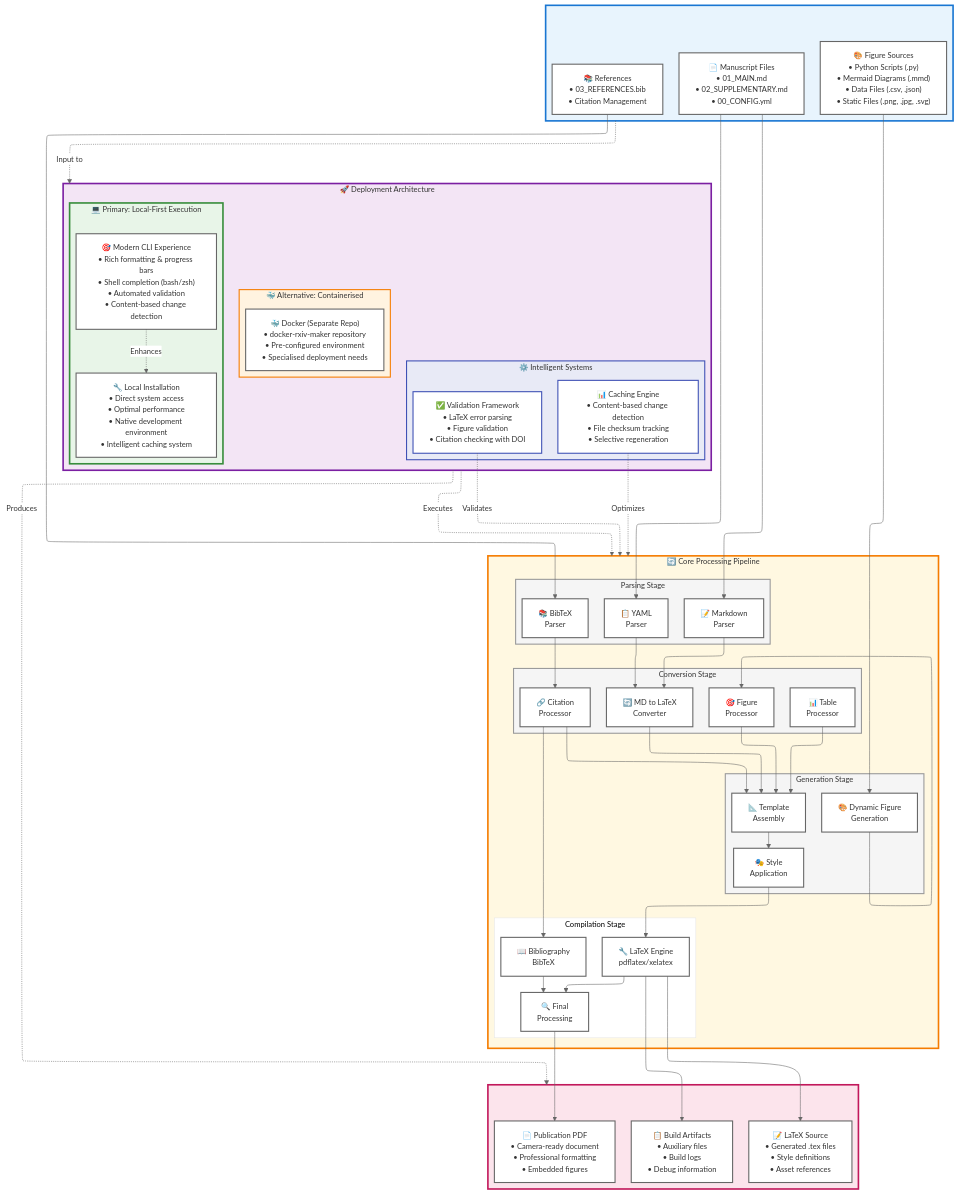
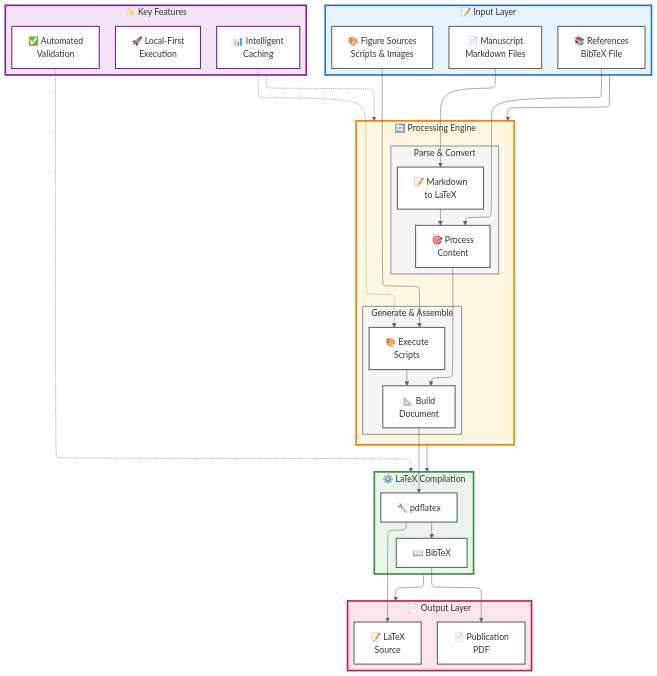
One commit to HenriquesLab/rxiv-maker changed the diagram in EXAMPLE_MANUSCRIPT/FIGURES/SFigure__architecture.mmd. Above: the diagram before and after it, drawn with Mermaid. The commit also changed 32 other files, not shown here.

First line of the commit message:
refactor: streamline ecosystem architecture and improve infrastructure

```diff
--- a/EXAMPLE_MANUSCRIPT/FIGURES/SFigure__architecture.mmd
+++ b/EXAMPLE_MANUSCRIPT/FIGURES/SFigure__architecture.mmd
@@ -1,148 +1,108 @@
 ---
 config:
   theme: base
   themeVariables:
     fontFamily: 'Arial, Helvetica, sans-serif'
-    fontSize: 14px
+    fontSize: 16px
     primaryColor: '#ffffff'
     primaryTextColor: '#333333'
     primaryBorderColor: '#cccccc'
     lineColor: '#666666'
     background: '#ffffff'
   layout: elk
 ---
 flowchart TD
- subgraph A[" "]
-    direction TB
-      A1["📄 Manuscript Files<br>• 01_MAIN.md<br>• 02_SUPPLEMENTARY.md<br>• 00_CONFIG.yml"]
-      A2["📚 References<br>• 03_REFERENCES.bib<br>• Citation Management"]
-      A3["🎨 Figure Sources<br>• Python Scripts (.py)<br>• Mermaid Diagrams (.mmd)<br>• Data Files (.csv, .json)<br>• Static Files (.png, .jpg, .svg)"]
+  subgraph INPUT["📝 Input Layer"]
+    direction LR
+    A1["📄 Manuscript<br>Markdown Files"]
+    A2["📚 References<br>BibTeX File"]
+    A3["🎨 Figure Sources<br>Scripts & Images"]
   end
 
- subgraph CORE["🔄 Core Processing Pipeline"]
+  subgraph PROCESS["🔄 Processing Engine"]
     direction TB
-    subgraph B1[Parsing Stage]
+    subgraph PARSE["Parse & Convert"]
       direction LR
-          B1A["📝 Markdown<br>Parser"]
-          B1B["📋 YAML<br>Parser"]
-          B1C["📚 BibTeX<br>Parser"]
+      B1["📝 Markdown<br>to LaTeX"]
+      B2["🎯 Process<br>Content"]
     end
-    subgraph B2[Conversion Stage]
+    subgraph GEN["Generate & Assemble"]
       direction LR
-          B2A["🔄 MD to LaTeX<br>Converter"]
-          B2B["🎯 Figure<br>Processor"]
-          B2C["📊 Table<br>Processor"]
-          B2D["🔗 Citation<br>Processor"]
-    end
-    subgraph B3[Generation Stage]
-      direction LR
-          B3A["🎨 Dynamic Figure<br>Generation"]
-          B3B["📐 Template<br>Assembly"]
-          B3C["🎭 Style<br>Application"]
-    end
-    subgraph C[Compilation Stage]
-      direction LR
-          C1["🔧 LaTeX Engine<br>pdflatex/xelatex"]
-          C2["📖 Bibliography<br>BibTeX"]
-          C3["🔍 Final<br>Processing"]
+      C1["🎨 Execute<br>Scripts"]
+      C2["📐 Build<br>Document"]
     end
   end
 
- subgraph D[" "]
-    direction TB
-        D1["📄 Publication PDF<br>• Camera-ready document<br>• Professional formatting<br>• Embedded figures"]
-        D2["📝 LaTeX Source<br>• Generated .tex files<br>• Style definitions<br>• Asset references"]
-        D3["📋 Build Artifacts<br>• Auxiliary files<br>• Build logs<br>• Debug information"]
+  subgraph COMPILE["⚙️ LaTeX Compilation"]
+    direction LR
+    D1["🔧 pdflatex"]
+    D2["📖 BibTeX"]
   end
 
- subgraph DEPLOY["🚀 Deployment Architecture"]
-    direction TB
-    subgraph PRIMARY["💻 Primary: Local-First Execution"]
-      direction TB
-      L1["🔧 Local Installation<br>• Direct system access<br>• Optimal performance<br>• Native development environment<br>• Intelligent caching system"]
-      L1_FEATURES["🎯 Modern CLI Experience<br>• Rich formatting & progress bars<br>• Shell completion (bash/zsh)<br>• Automated validation<br>• Content-based change detection"]
-    end
-    subgraph ALTERNATIVE["🐳 Alternative: Containerised"]
-      direction TB
-      L2["🐳 Docker (Separate Repo)<br>• docker-rxiv-maker repository<br>• Pre-configured environment<br>• Specialised deployment needs"]
-    end
-    subgraph SYSTEMS["⚙️ Intelligent Systems"]
-      direction TB
-      SYS1["📊 Caching Engine<br>• Content-based change detection<br>• File checksum tracking<br>• Selective regeneration"]
-      SYS2["✅ Validation Framework<br>• LaTeX error parsing<br>• Figure validation<br>• Citation checking with DOI"]
-    end
+  subgraph OUTPUT["📄 Output Layer"]
+    direction LR
+    E1["📄 Publication<br>PDF"]
+    E2["📝 LaTeX<br>Source"]
   end
 
-    A1 --> B1A & B1B
-    A2 --> B1C
-    A3 --> B3A
-    B1A --> B2A
-    B1B --> B2A
-    B1C --> B2D
-    B2A --> B3B
-    B2B --> B3B
-    B2C --> B3B
-    B2D --> B3B & C2
-    B3A --> B2B
-    B3B --> B3C
-    B3C --> C1
-    C1 --> C3 & D2 & D3
-    C2 --> C3
-    C3 --> D1
+  subgraph FEATURES["✨ Key Features"]
+    direction TB
+    F1["🚀 Local-First<br>Execution"]
+    F2["📊 Intelligent<br>Caching"]
+    F3["✅ Automated<br>Validation"]
+  end
 
-    %% Show that deployment environments execute the core pipeline
-    DEPLOY -.-> |"Executes"| CORE
-    A -.-> |"Input to"| DEPLOY
-    DEPLOY -.-> |"Produces"| D
+  %% Main flow
+  INPUT --> PROCESS
+  PROCESS --> COMPILE
+  COMPILE --> OUTPUT
 
-    %% Show intelligent systems integration
-    SYS1 -.-> |"Optimizes"| CORE
-    SYS2 -.-> |"Validates"| CORE
-    L1_FEATURES -.-> |"Enhances"| L1
+  %% Internal connections
+  A1 --> B1
+  A2 --> B2
+  A3 --> C1
+  B1 --> B2
+  B2 --> C2
+  C1 --> C2
+  C2 --> D1
+  D1 --> D2
+  D2 --> E1
+  D1 --> E2
 
-    A1:::componentBox
-    A2:::componentBox
-    A3:::componentBox
-    B1A:::componentBox
-    B1B:::componentBox
-    B1C:::componentBox
-    B2A:::componentBox
-    B2B:::componentBox
-    B2C:::componentBox
-    B2D:::componentBox
-    B3A:::componentBox
-    B3B:::componentBox
-    B3C:::componentBox
-    C1:::componentBox
-    C2:::componentBox
-    C3:::componentBox
-    D1:::componentBox
-    D2:::componentBox
-    D3:::componentBox
-    L1:::envBox
-    L1_FEATURES:::envBox
-    L2:::envBox
-    SYS1:::systemBox
-    SYS2:::systemBox
-    A:::inputBox
-    CORE:::processBox
-    D:::outputBox
-    DEPLOY:::deployBox
-    PRIMARY:::primaryBox
-    ALTERNATIVE:::alternativeBox
-    SYSTEMS:::systemsBox
-    B1:::stageBox
-    B2:::stageBox
-    B3:::stageBox
+  %% Feature integration
+  FEATURES -.-> PROCESS
+  F2 -.-> C1
+  F3 -.-> COMPILE
 
-    classDef inputBox fill:#e8f4fd,stroke:#1976d2,stroke-width:3px,color:#333
-    classDef processBox fill:#fff8e1,stroke:#f57c00,stroke-width:3px,color:#333
-    classDef outputBox fill:#fce4ec,stroke:#c2185b,stroke-width:3px,color:#333
-    classDef deployBox fill:#f3e5f5,stroke:#7b1fa2,stroke-width:3px,color:#333
-    classDef primaryBox fill:#e8f5e8,stroke:#388e3c,stroke-width:3px,color:#333
-    classDef alternativeBox fill:#fff3e0,stroke:#f57c00,stroke-width:2px,color:#333
-    classDef systemsBox fill:#e8eaf6,stroke:#3f51b5,stroke-width:2px,color:#333
-    classDef systemBox fill:#ffffff,stroke:#3f51b5,stroke-width:2px,color:#333
-    classDef envBox fill:#ffffff,stroke:#666666,stroke-width:2px,color:#333
-    classDef stageBox fill:#f5f5f5,stroke:#999999,stroke-width:2px,color:#333
-    classDef componentBox fill:#ffffff,stroke:#666666,stroke-width:2px,color:#333
+  %% Styling
+  INPUT:::inputBox
+  PROCESS:::processBox
+  COMPILE:::compileBox
+  OUTPUT:::outputBox
+  FEATURES:::featureBox
+  PARSE:::stageBox
+  GEN:::stageBox
+
+  A1:::componentBox
+  A2:::componentBox
+  A3:::componentBox
+  B1:::componentBox
+  B2:::componentBox
+  C1:::componentBox
+  C2:::componentBox
+  D1:::componentBox
+  D2:::componentBox
+  E1:::componentBox
+  E2:::componentBox
+  F1:::featureComponent
+  F2:::featureComponent
+  F3:::featureComponent
+
+  classDef inputBox fill:#e8f4fd,stroke:#1976d2,stroke-width:3px,color:#333
+  classDef processBox fill:#fff8e1,stroke:#f57c00,stroke-width:3px,color:#333
+  classDef compileBox fill:#e8f5e8,stroke:#388e3c,stroke-width:3px,color:#333
+  classDef outputBox fill:#fce4ec,stroke:#c2185b,stroke-width:3px,color:#333
+  classDef featureBox fill:#f3e5f5,stroke:#7b1fa2,stroke-width:3px,color:#333
+  classDef stageBox fill:#f5f5f5,stroke:#999999,stroke-width:2px,color:#333
+  classDef componentBox fill:#ffffff,stroke:#666666,stroke-width:2px,color:#333
+  classDef featureComponent fill:#ffffff,stroke:#7b1fa2,stroke-width:2px,color:#333
```
